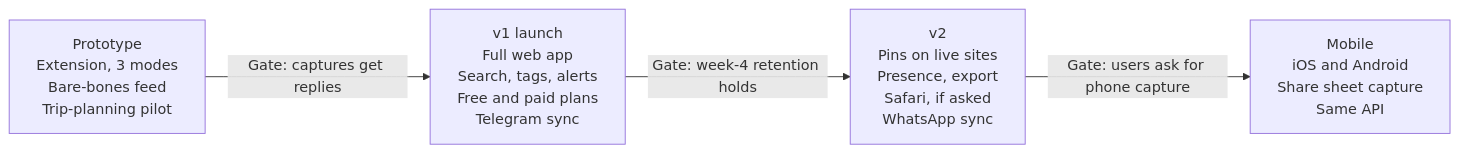
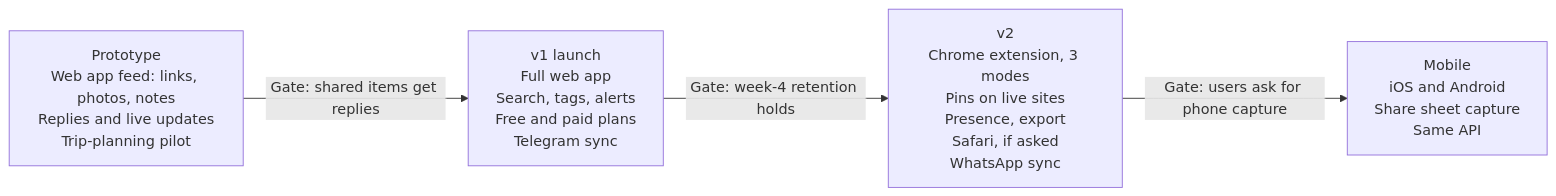
Before and after one commit to uxpetr/kasa: the second of 2 diagrams in docs/PRD.md, drawn with Mermaid. The commit also changed other lines of this file and 1 other file, not shown here.

Commit message:
Plan: move the Chrome extension to v2; G1 on shared items; PRD rewritten (D-158..D-161)

````diff
--- a/docs/PRD.md
+++ b/docs/PRD.md
@@ -249,6 +252,6 @@
 ```mermaid
 flowchart LR
-  p0["Prototype<br/>Extension, 3 modes<br/>Bare-bones feed<br/>Trip-planning pilot"] -->|"Gate: captures get replies"| p1["v1 launch<br/>Full web app<br/>Search, tags, alerts<br/>Free and paid plans<br/>Telegram sync"]
-  p1 -->|"Gate: week-4 retention holds"| p2["v2<br/>Pins on live sites<br/>Presence, export<br/>Safari, if asked<br/>WhatsApp sync"]
+  p0["Prototype<br/>Web app feed: links, photos, notes<br/>Replies and live updates<br/>Trip-planning pilot"] -->|"Gate: shared items get replies"| p1["v1 launch<br/>Full web app<br/>Search, tags, alerts<br/>Free and paid plans<br/>Telegram sync"]
+  p1 -->|"Gate: week-4 retention holds"| p2["v2<br/>Chrome extension, 3 modes<br/>Pins on live sites<br/>Presence, export<br/>Safari, if asked<br/>WhatsApp sync"]
   p2 -->|"Gate: users ask for phone capture"| p3["Mobile<br/>iOS and Android<br/>Share sheet capture<br/>Same API"]
 ```
````
